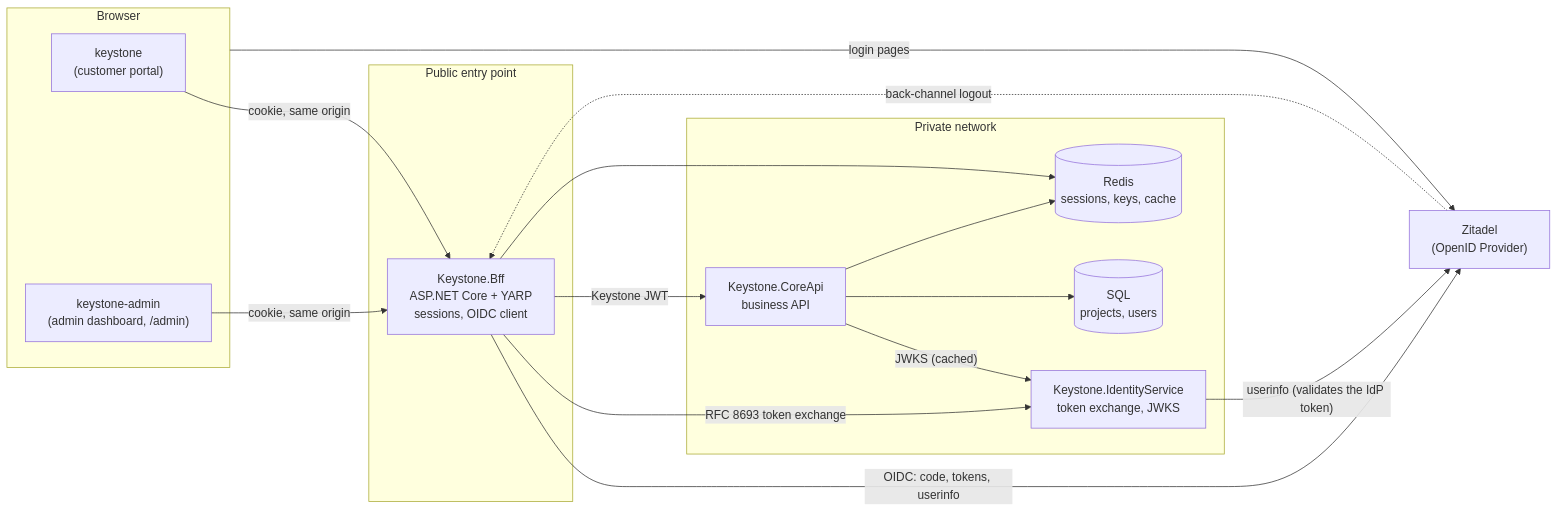
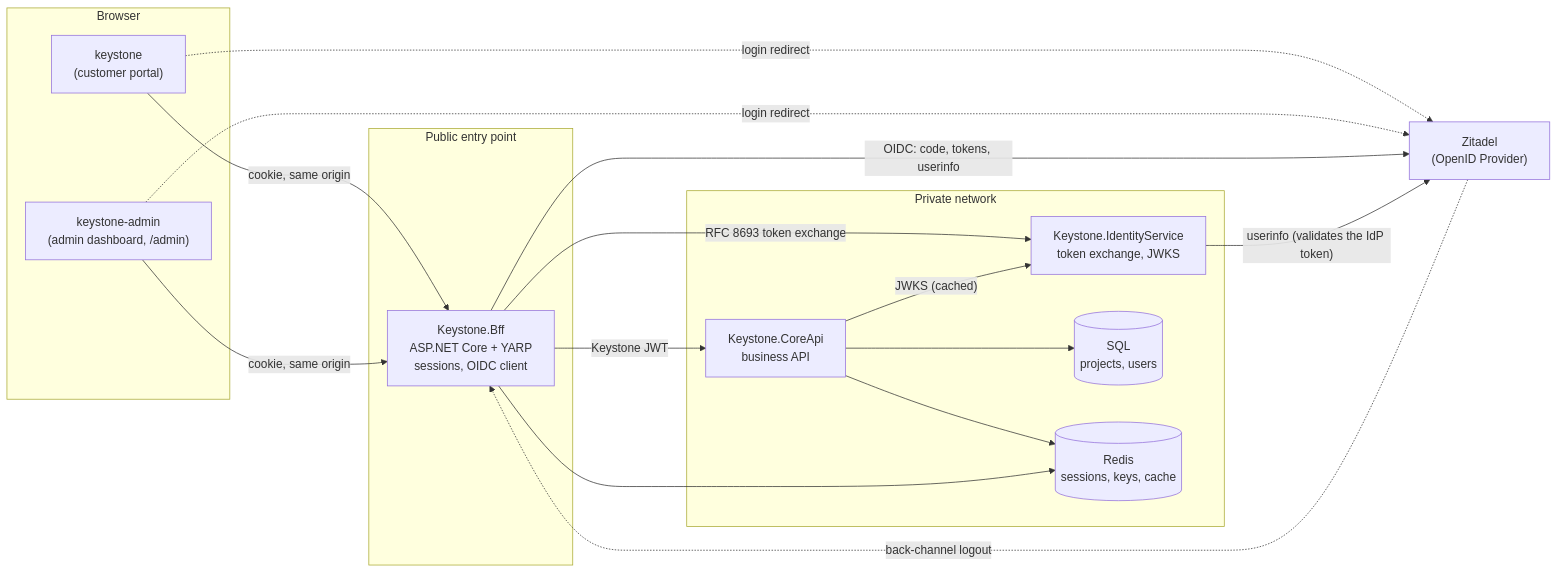
One commit to akazad13/keystone changed the first of 3 diagrams in ARCHITECTURE.md. Above: the diagram before and after it, drawn with Mermaid. The commit also changed other lines of this file, not shown here.

Commit message:
docs: update ARCHITECTURE.md diagram syntax and component references

````diff
--- a/ARCHITECTURE.md
+++ b/ARCHITECTURE.md
@@ -18,33 +19,34 @@
 ```mermaid
 flowchart LR
-    subgraph Browser
+    subgraph Browser["Browser"]
         SPA1["keystone<br/>(customer portal)"]
         SPA2["keystone-admin<br/>(admin dashboard, /admin)"]
     end
 
     subgraph Public["Public entry point"]
         BFF["Keystone.Bff<br/>ASP.NET Core + YARP<br/>sessions, OIDC client"]
     end
 
     subgraph Private["Private network"]
         IDS["Keystone.IdentityService<br/>token exchange, JWKS"]
         API["Keystone.CoreApi<br/>business API"]
         SQL[("SQL<br/>projects, users")]
         REDIS[("Redis<br/>sessions, keys, cache")]
     end
 
     IDP["Zitadel<br/>(OpenID Provider)"]
 
     SPA1 -- "cookie, same origin" --> BFF
     SPA2 -- "cookie, same origin" --> BFF
-    Browser -- "login pages" --> IDP
+    SPA1 -. "login redirect" .-> IDP
+    SPA2 -. "login redirect" .-> IDP
     BFF -- "OIDC: code, tokens, userinfo" --> IDP
     IDP -. "back-channel logout" .-> BFF
     BFF -- "RFC 8693 token exchange" --> IDS
     IDS -- "userinfo (validates the IdP token)" --> IDP
     BFF -- "Keystone JWT" --> API
     API -- "JWKS (cached)" --> IDS
     API --> SQL
     API --> REDIS
     BFF --> REDIS
 ```
````
